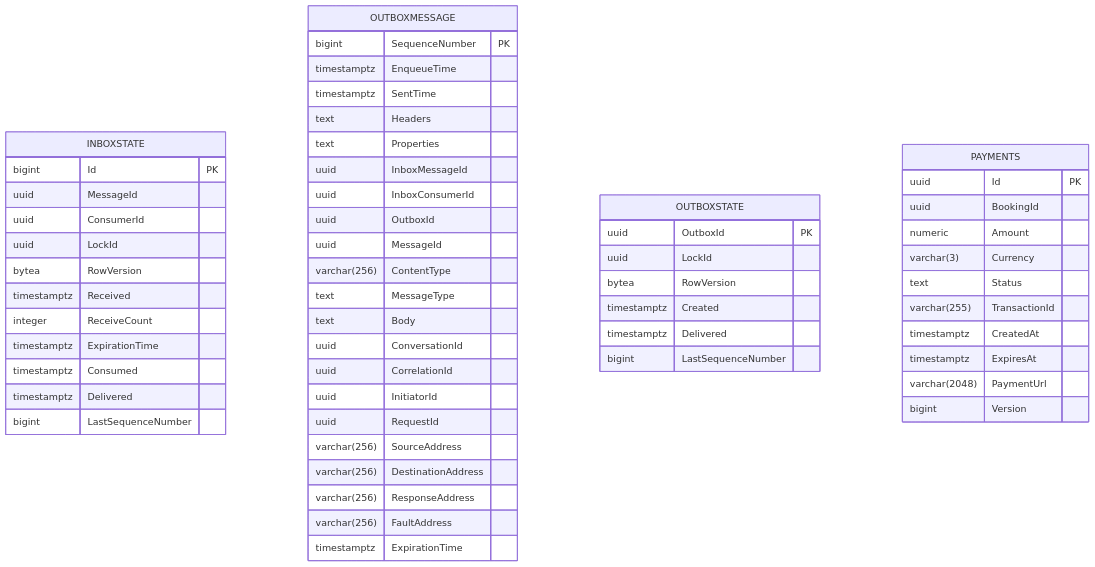
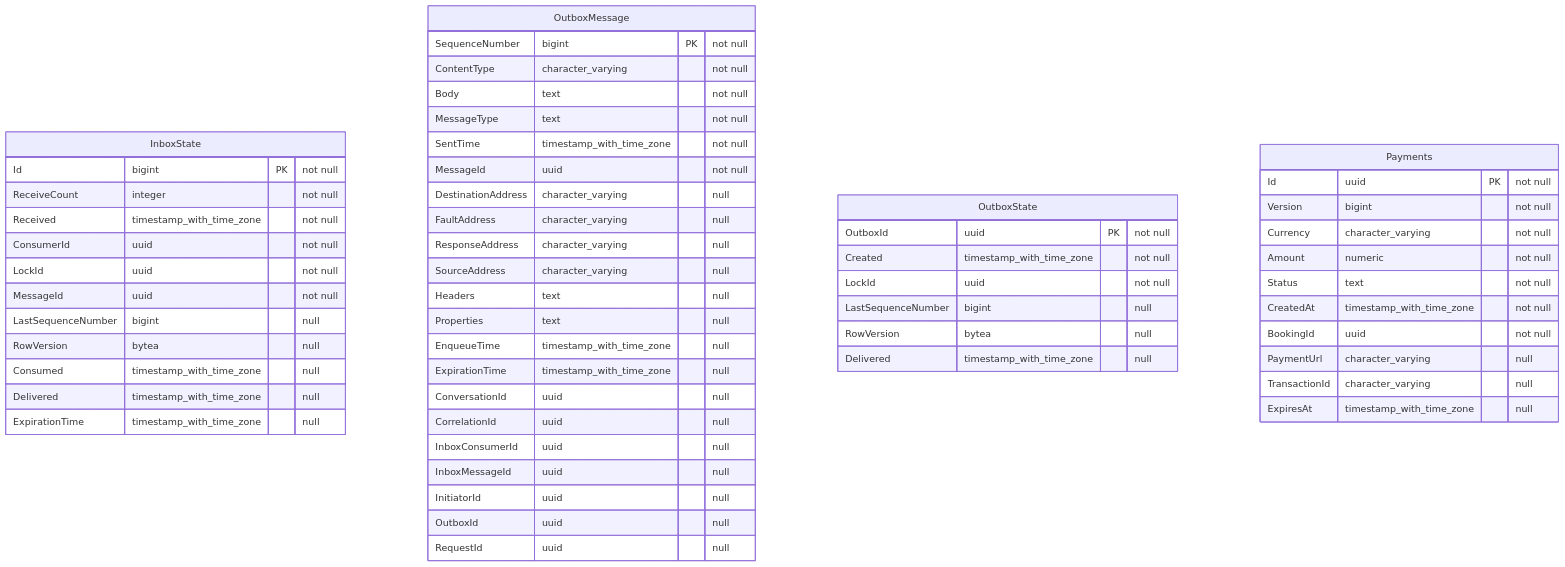
Before and after one commit to lamdx4/airVnV: the diagram in src/Airbnb.PaymentService/README.md, drawn with Mermaid. The commit also changed other lines of this file and 5 other files, not shown here.

Commit message:
docs: integrate pg-mermaid into generate-db-schema script to ensure 100% database edge-case coverage and update all service READMEs

````diff
--- a/src/Airbnb.PaymentService/README.md
+++ b/src/Airbnb.PaymentService/README.md
@@ -22,60 +22,63 @@
 ```mermaid
 erDiagram
-    INBOXSTATE {
-        bigint Id PK
-        uuid MessageId 
-        uuid ConsumerId 
-        uuid LockId 
-        bytea RowVersion 
-        timestamptz Received 
-        integer ReceiveCount 
-        timestamptz ExpirationTime 
-        timestamptz Consumed 
-        timestamptz Delivered 
-        bigint LastSequenceNumber 
-    }
-    OUTBOXMESSAGE {
-        bigint SequenceNumber PK
-        timestamptz EnqueueTime 
-        timestamptz SentTime 
-        text Headers 
-        text Properties 
-        uuid InboxMessageId 
-        uuid InboxConsumerId 
-        uuid OutboxId 
-        uuid MessageId 
-        varchar(256) ContentType 
-        text MessageType 
-        text Body 
-        uuid ConversationId 
-        uuid CorrelationId 
-        uuid InitiatorId 
-        uuid RequestId 
-        varchar(256) SourceAddress 
-        varchar(256) DestinationAddress 
-        varchar(256) ResponseAddress 
-        varchar(256) FaultAddress 
-        timestamptz ExpirationTime 
-    }
-    OUTBOXSTATE {
-        uuid OutboxId PK
-        uuid LockId 
-        bytea RowVersion 
-        timestamptz Created 
-        timestamptz Delivered 
-        bigint LastSequenceNumber 
-    }
-    PAYMENTS {
-        uuid Id PK
-        uuid BookingId 
-        numeric Amount 
-        varchar(3) Currency 
-        text Status 
-        varchar(255) TransactionId 
-        timestamptz CreatedAt 
-        timestamptz ExpiresAt 
-        varchar(2048) PaymentUrl 
-        bigint Version 
+
+    InboxState {
+        Id bigint PK "not null"
+        ReceiveCount integer "not null"
+        Received timestamp_with_time_zone "not null"
+        ConsumerId uuid "not null"
+        LockId uuid "not null"
+        MessageId uuid "not null"
+        LastSequenceNumber bigint "null"
+        RowVersion bytea "null"
+        Consumed timestamp_with_time_zone "null"
+        Delivered timestamp_with_time_zone "null"
+        ExpirationTime timestamp_with_time_zone "null"
     }
 
+    OutboxMessage {
+        SequenceNumber bigint PK "not null"
+        ContentType character_varying "not null"
+        Body text "not null"
+        MessageType text "not null"
+        SentTime timestamp_with_time_zone "not null"
+        MessageId uuid "not null"
+        DestinationAddress character_varying "null"
+        FaultAddress character_varying "null"
+        ResponseAddress character_varying "null"
+        SourceAddress character_varying "null"
+        Headers text "null"
+        Properties text "null"
+        EnqueueTime timestamp_with_time_zone "null"
+        ExpirationTime timestamp_with_time_zone "null"
+        ConversationId uuid "null"
+        CorrelationId uuid "null"
+        InboxConsumerId uuid "null"
+        InboxMessageId uuid "null"
+        InitiatorId uuid "null"
+        OutboxId uuid "null"
+        RequestId uuid "null"
+    }
+
+    OutboxState {
+        OutboxId uuid PK "not null"
+        Created timestamp_with_time_zone "not null"
+        LockId uuid "not null"
+        LastSequenceNumber bigint "null"
+        RowVersion bytea "null"
+        Delivered timestamp_with_time_zone "null"
+    }
+
+    Payments {
+        Id uuid PK "not null"
+        Version bigint "not null"
+        Currency character_varying "not null"
+        Amount numeric "not null"
+        Status text "not null"
+        CreatedAt timestamp_with_time_zone "not null"
+        BookingId uuid "not null"
+        PaymentUrl character_varying "null"
+        TransactionId character_varying "null"
+        ExpiresAt timestamp_with_time_zone "null"
+    }
 ```
````
